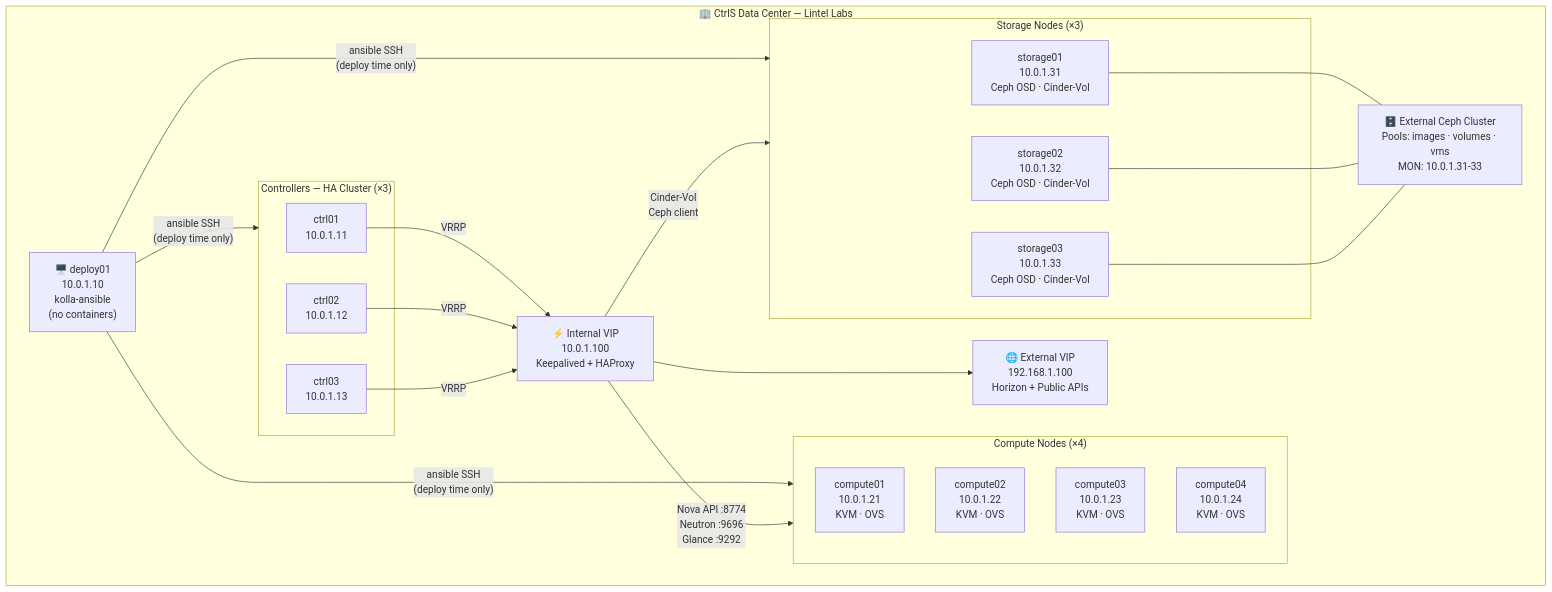
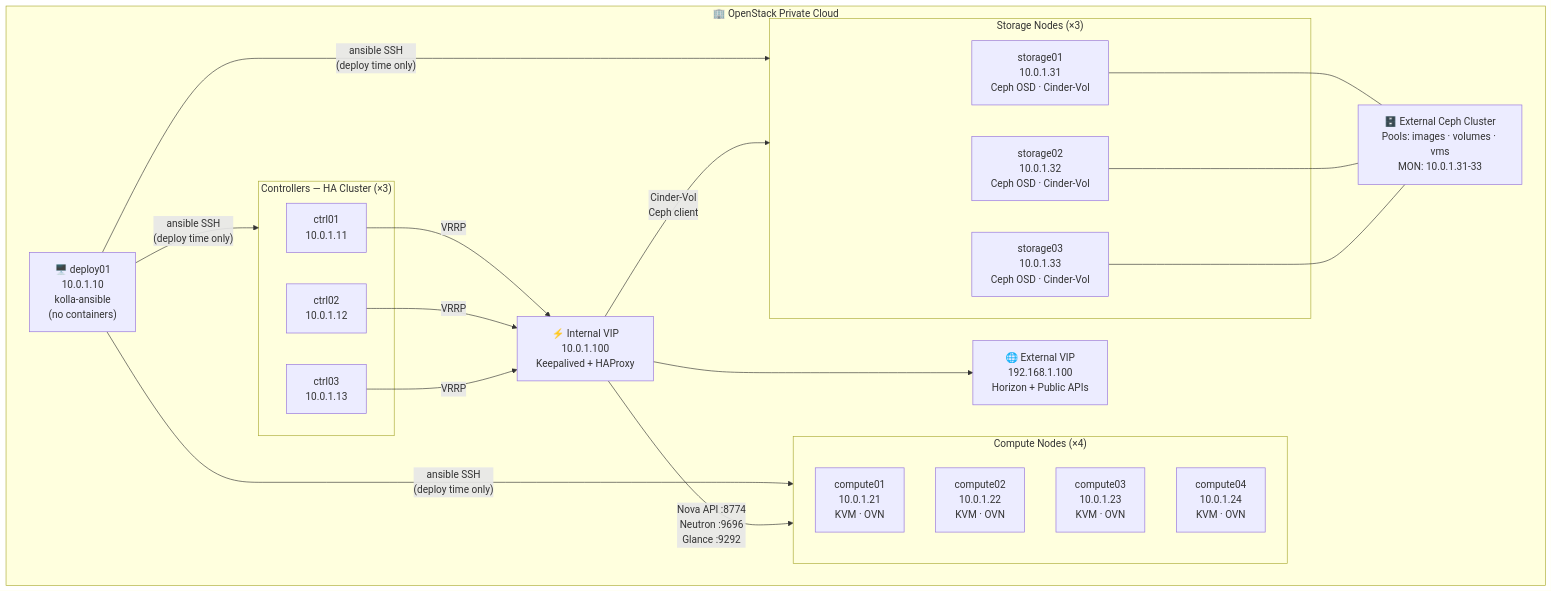
The first of 5 diagrams in docs/diagrams/README-diagrams.md (rashesh91/openstack-kolla-deploy), drawn with Mermaid before and after one commit. The commit also changed other lines of this file and 7 other files, not shown here.

First line of the commit message:
docs: remove org/DC names and update OVS to OVN across all docs

````diff
--- a/docs/diagrams/README-diagrams.md
+++ b/docs/diagrams/README-diagrams.md
@@ -10,42 +10,42 @@
 ```mermaid
 graph TD
-    subgraph CTRLS["🏢 CtrlS Data Center — Lintel Labs"]
+    subgraph CTRLS["🏢 OpenStack Private Cloud"]
 
         D["🖥️ deploy01\n10.0.1.10\nkolla-ansible\n(no containers)"]
 
         subgraph CTRL["Controllers — HA Cluster (×3)"]
             C1["ctrl01\n10.0.1.11"]
             C2["ctrl02\n10.0.1.12"]
             C3["ctrl03\n10.0.1.13"]
         end
 
         IVIP["⚡ Internal VIP\n10.0.1.100\nKeepalived + HAProxy"]
         EVIP["🌐 External VIP\n192.168.1.100\nHorizon + Public APIs"]
 
         C1 -->|VRRP| IVIP
         C2 -->|VRRP| IVIP
         C3 -->|VRRP| IVIP
         IVIP --> EVIP
 
         subgraph COMP["Compute Nodes (×4)"]
-            N1["compute01\n10.0.1.21\nKVM · OVS"]
-            N2["compute02\n10.0.1.22\nKVM · OVS"]
-            N3["compute03\n10.0.1.23\nKVM · OVS"]
-            N4["compute04\n10.0.1.24\nKVM · OVS"]
+            N1["compute01\n10.0.1.21\nKVM · OVN"]
+            N2["compute02\n10.0.1.22\nKVM · OVN"]
+            N3["compute03\n10.0.1.23\nKVM · OVN"]
+            N4["compute04\n10.0.1.24\nKVM · OVN"]
         end
 
         subgraph STOR["Storage Nodes (×3)"]
             S1["storage01\n10.0.1.31\nCeph OSD · Cinder-Vol"]
             S2["storage02\n10.0.1.32\nCeph OSD · Cinder-Vol"]
             S3["storage03\n10.0.1.33\nCeph OSD · Cinder-Vol"]
         end
 
         CEPH["🗄️ External Ceph Cluster\nPools: images · volumes · vms\nMON: 10.0.1.31-33"]
         S1 & S2 & S3 --- CEPH
 
     end
 
     D -->|"ansible SSH\n(deploy time only)"| CTRL & COMP & STOR
     IVIP -->|"Nova API :8774\nNeutron :9696\nGlance :9292"| COMP
     IVIP -->|"Cinder-Vol\nCeph client"| STOR
 ```
````
